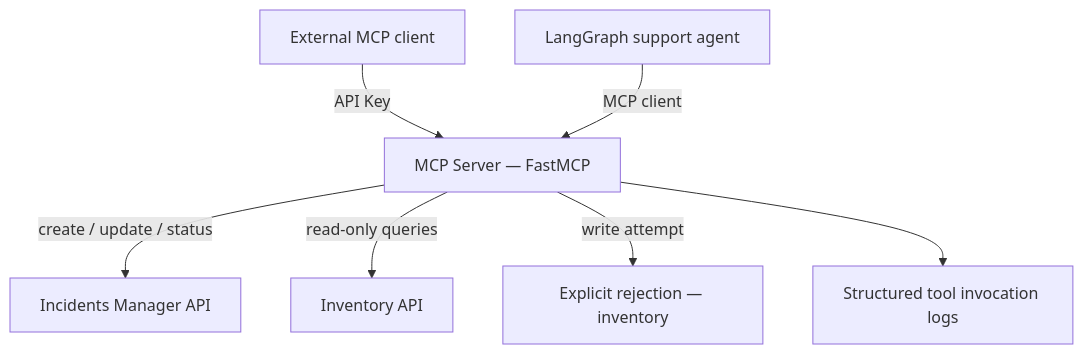
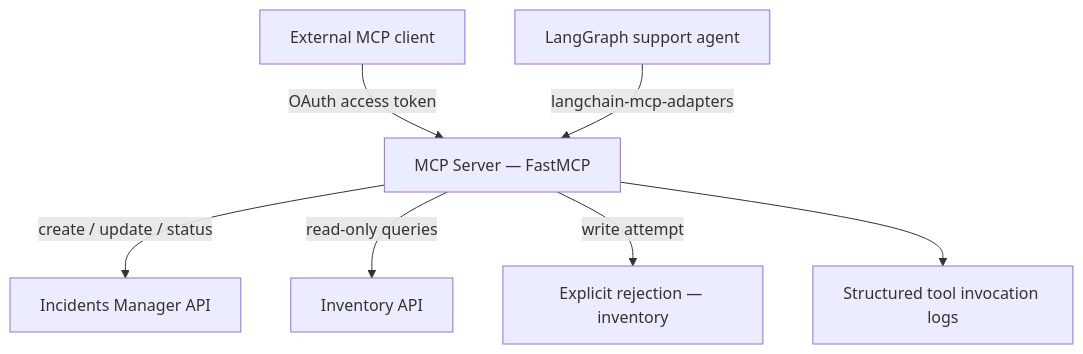
The diagram in content/projects/ai-eng-mcp-company-tools/.learn/solution/README.md (4GeeksAcademy/ai-engineering-syllabus), drawn with Mermaid before and after one commit. The commit also changed other lines of this file and 5 other files, not shown here.

Commit message:
require OAuth in MCP project

````diff
--- a/content/projects/ai-eng-mcp-company-tools/.learn/solution/README.md
+++ b/content/projects/ai-eng-mcp-company-tools/.learn/solution/README.md
@@ -9,9 +9,9 @@
 ```mermaid
 flowchart TD
-  EXT[External MCP client] -->|API Key| MCP[MCP Server — FastMCP]
-  AGENT[LangGraph support agent] -->|MCP client| MCP
+  EXT[External MCP client] -->|OAuth access token| MCP[MCP Server — FastMCP]
+  AGENT[LangGraph support agent] -->|langchain-mcp-adapters| MCP
   MCP -->|create / update / status| INC[Incidents Manager API]
   MCP -->|read-only queries| INV[Inventory API]
   MCP -->|write attempt| DENY[Explicit rejection — inventory]
   MCP --> LOG[Structured tool invocation logs]
 ```
````
